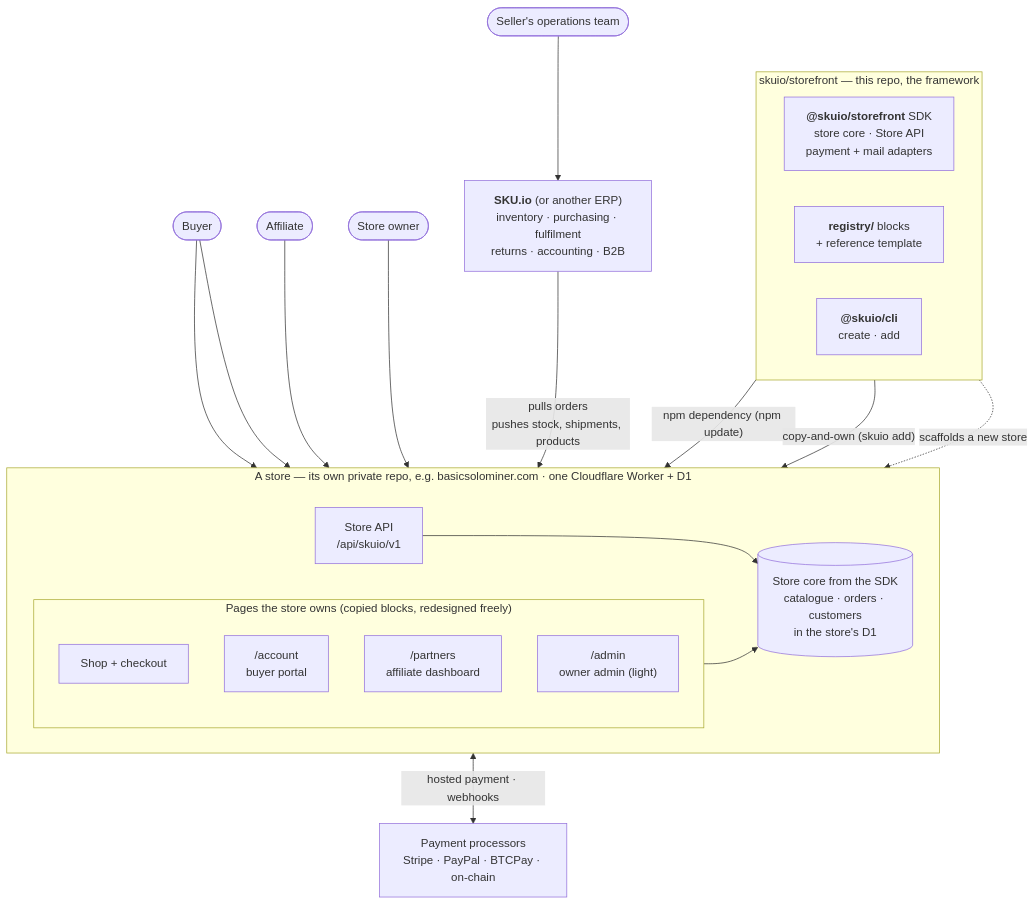
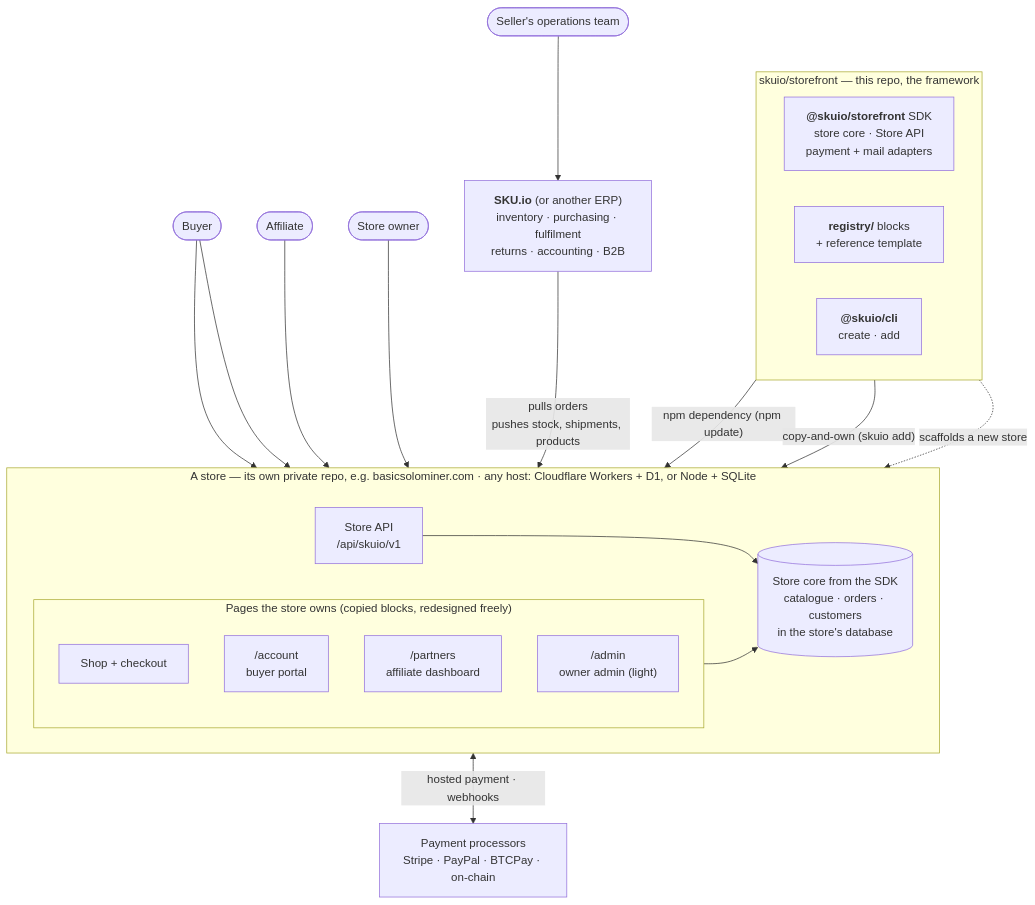
One commit to skuio/storefront changed the diagram in README.md. Above: the diagram before and after it, drawn with Mermaid. The commit also changed other lines of this file and 22 other files, not shown here.

First line of the commit message:
Any host: the store runs on Cloudflare Workers + D1 or on any Node server with SQLite

````diff
--- a/README.md
+++ b/README.md
@@ -29,40 +40,40 @@
 ```mermaid
 flowchart TB
   subgraph KIT["skuio/storefront — this repo, the framework"]
     direction LR
     SDK["<b>@skuio/storefront</b> SDK<br/>store core · Store API<br/>payment + mail adapters"]
     REG["<b>registry/</b> blocks<br/>+ reference template"]
     CLI["<b>@skuio/cli</b><br/>create · add"]
   end
 
-  subgraph SITE["A store — its own private repo, e.g. basicsolominer.com · one Cloudflare Worker + D1"]
+  subgraph SITE["A store — its own private repo, e.g. basicsolominer.com · any host: Cloudflare Workers + D1, or Node + SQLite"]
     direction LR
     subgraph FACES["Pages the store owns (copied blocks, redesigned freely)"]
       direction TB
       SHOP["Shop + checkout"]
       BUY["/account<br/>buyer portal"]
       PART["/partners<br/>affiliate dashboard"]
       OWN["/admin<br/>owner admin (light)"]
     end
-    CORE[("Store core from the SDK<br/>catalogue · orders · customers<br/>in the store's D1")]
+    CORE[("Store core from the SDK<br/>catalogue · orders · customers<br/>in the store's database")]
     API["Store API<br/>/api/skuio/v1"]
     FACES --> CORE
     API --> CORE
   end
 
   REG -- "copy-and-own (skuio add)" --> FACES
   SDK -- "npm dependency (npm update)" --> CORE
   CLI -. "scaffolds a new store" .-> SITE
 
   BUYER(["Buyer"]) --> SHOP
   BUYER --> BUY
   AFF(["Affiliate"]) --> PART
   OWNER(["Store owner"]) --> OWN
 
   PAY["Payment processors<br/>Stripe · PayPal · BTCPay · on-chain"]
   CORE <-- "hosted payment · webhooks" --> PAY
 
   ERP["<b>SKU.io</b> (or another ERP)<br/>inventory · purchasing · fulfilment<br/>returns · accounting · B2B"]
   ERP -- "pulls orders<br/>pushes stock, shipments, products" --> API
   TEAM(["Seller's operations team"]) --> ERP
 ```
````
